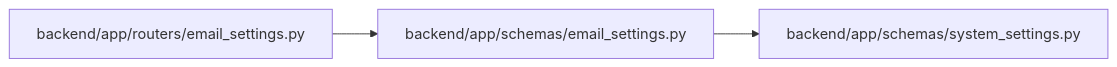
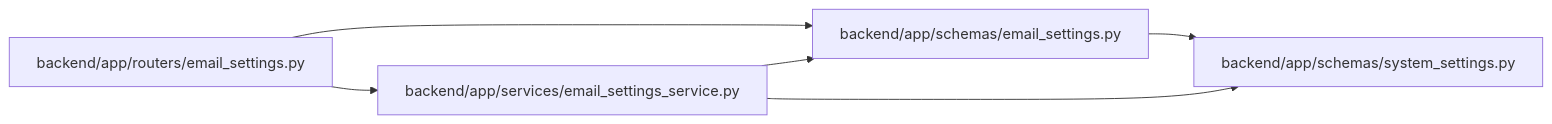
Before and after one commit to Denissvgn/WorkChord: the diagram in docs/llm_wiki/modules/schemas_email_settings.md, drawn with Mermaid. The commit also changed other lines of this file and 25171 other files, not shown here.

````diff
--- a/docs/llm_wiki/modules/schemas_email_settings.md
+++ b/docs/llm_wiki/modules/schemas_email_settings.md
@@ -19,11 +19,16 @@
 ```mermaid
 flowchart LR
     n0["backend/app/routers/email_settings.py"]
     n1["backend/app/schemas/email_settings.py"]
     n2["backend/app/schemas/system_settings.py"]
+    n3["backend/app/services/email_settings_service.py"]
     n0 --> n1
+    n0 --> n3
     n1 --> n2
+    n3 --> n1
+    n3 --> n2
     click n0 "../modules/routers_email_settings.md"
     click n1 "../modules/schemas_email_settings.md"
     click n2 "../modules/schemas_system_settings.md"
+    click n3 "../modules/email_settings_service.md"
 ```
````
